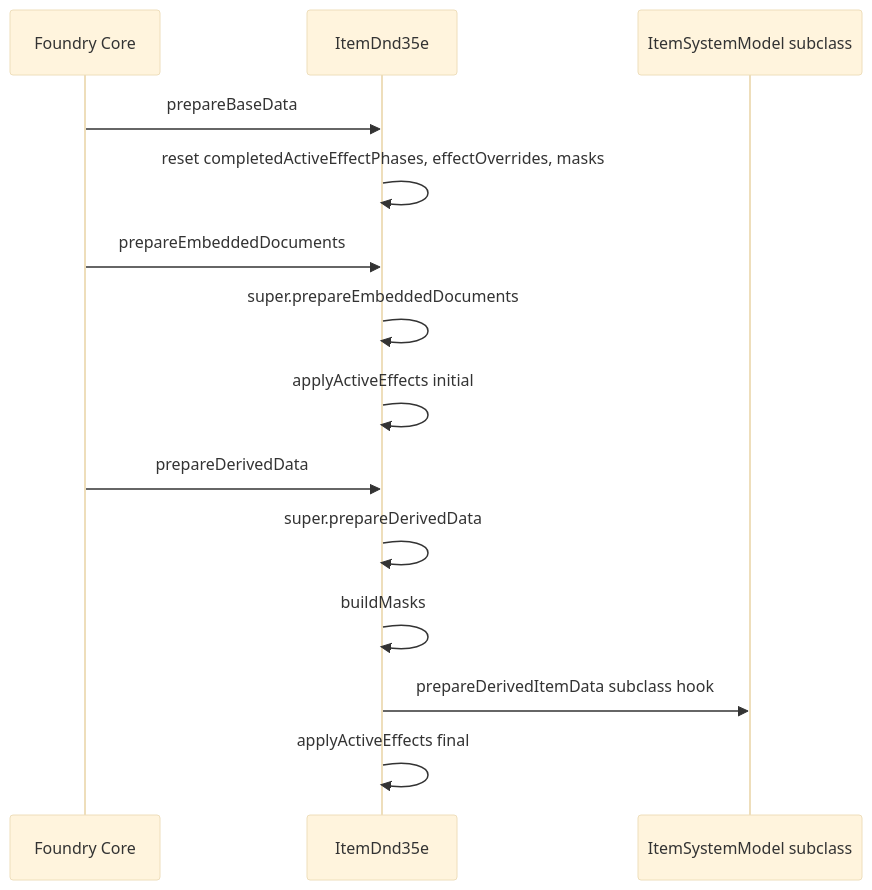
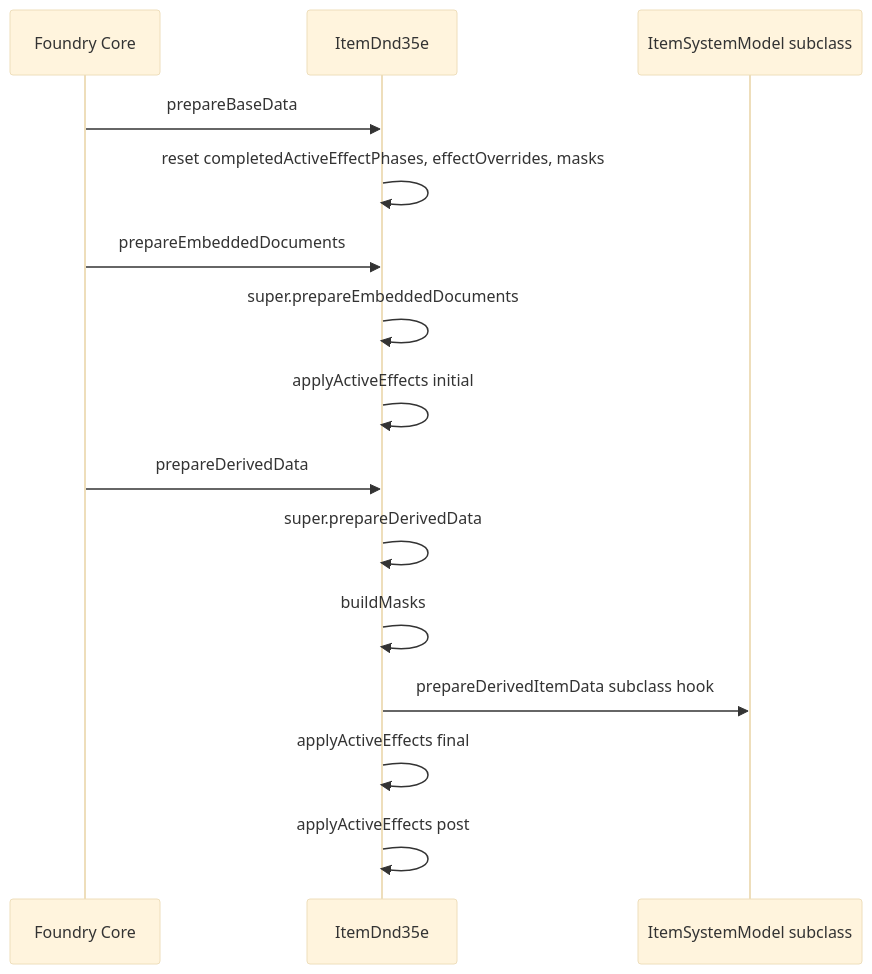
Before and after one commit to Chapel-Studios/DnD35e: the first of 2 diagrams in docs/architecture/actor-data-pipeline.md, drawn with Mermaid (base theme). The commit also changed other lines of this file and 120 other files, not shown here.

````diff
--- a/docs/architecture/actor-data-pipeline.md
+++ b/docs/architecture/actor-data-pipeline.md
@@ -62,19 +72,20 @@
 ```mermaid
 sequenceDiagram
     participant FVTT as Foundry Core
     participant Item as ItemDnd35e
     participant Model as ItemSystemModel subclass
 
     FVTT->>Item: prepareBaseData
     Item->>Item: reset completedActiveEffectPhases, effectOverrides, masks
 
     FVTT->>Item: prepareEmbeddedDocuments
     Item->>Item: super.prepareEmbeddedDocuments
     Item->>Item: applyActiveEffects initial
 
     FVTT->>Item: prepareDerivedData
     Item->>Item: super.prepareDerivedData
     Item->>Item: buildMasks
     Item->>Model: prepareDerivedItemData subclass hook
     Item->>Item: applyActiveEffects final
+    Item->>Item: applyActiveEffects post
 ```
````
